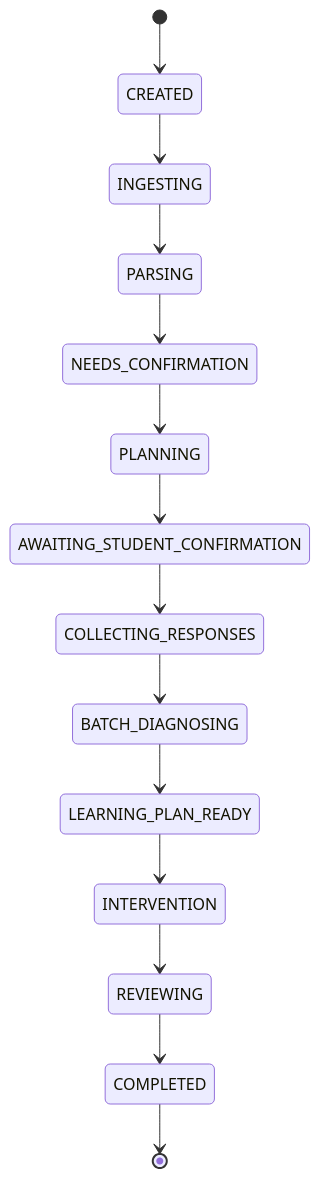
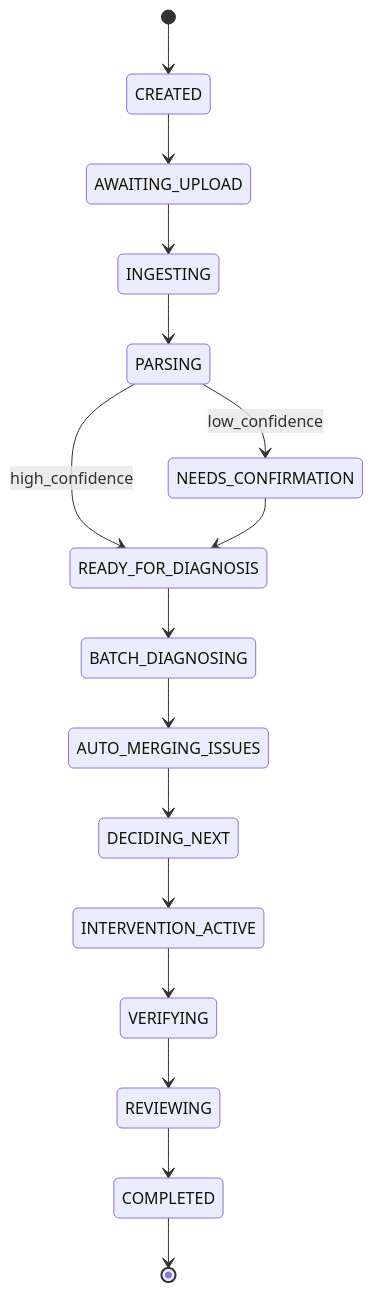
One commit to EasonQiiii/Sapling changed the diagram in docs/diagrams/learning-workflow.mmd. Above: the diagram before and after it, drawn with Mermaid. The commit also changed 15 other files, not shown here.

```diff
--- a/docs/diagrams/learning-workflow.mmd
+++ b/docs/diagrams/learning-workflow.mmd
@@ -1,14 +1,16 @@
 stateDiagram-v2
     [*] --> CREATED
-    CREATED --> INGESTING
+    CREATED --> AWAITING_UPLOAD
+    AWAITING_UPLOAD --> INGESTING
     INGESTING --> PARSING
-    PARSING --> NEEDS_CONFIRMATION
-    NEEDS_CONFIRMATION --> PLANNING
-    PLANNING --> AWAITING_STUDENT_CONFIRMATION
-    AWAITING_STUDENT_CONFIRMATION --> COLLECTING_RESPONSES
-    COLLECTING_RESPONSES --> BATCH_DIAGNOSING
-    BATCH_DIAGNOSING --> LEARNING_PLAN_READY
-    LEARNING_PLAN_READY --> INTERVENTION
-    INTERVENTION --> REVIEWING
+    PARSING --> NEEDS_CONFIRMATION: low_confidence
+    PARSING --> READY_FOR_DIAGNOSIS: high_confidence
+    NEEDS_CONFIRMATION --> READY_FOR_DIAGNOSIS
+    READY_FOR_DIAGNOSIS --> BATCH_DIAGNOSING
+    BATCH_DIAGNOSING --> AUTO_MERGING_ISSUES
+    AUTO_MERGING_ISSUES --> DECIDING_NEXT
+    DECIDING_NEXT --> INTERVENTION_ACTIVE
+    INTERVENTION_ACTIVE --> VERIFYING
+    VERIFYING --> REVIEWING
     REVIEWING --> COMPLETED
     COMPLETED --> [*]
```
